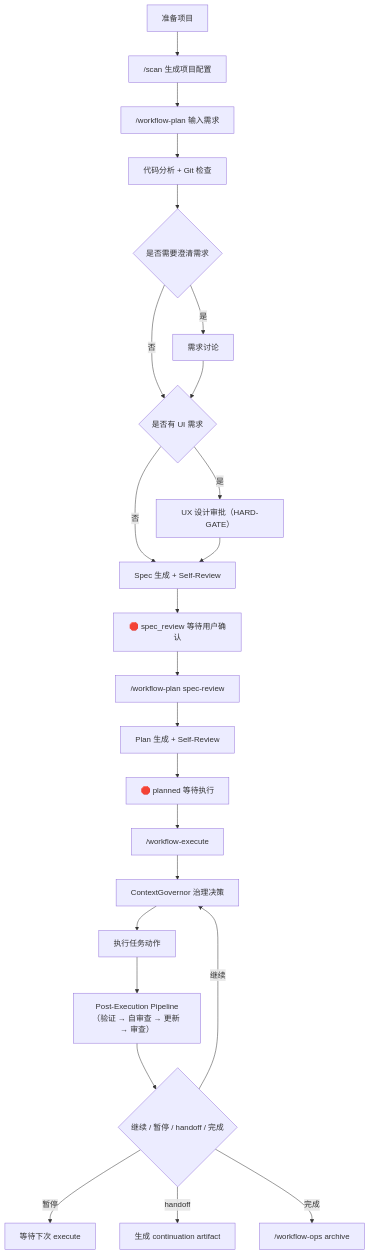
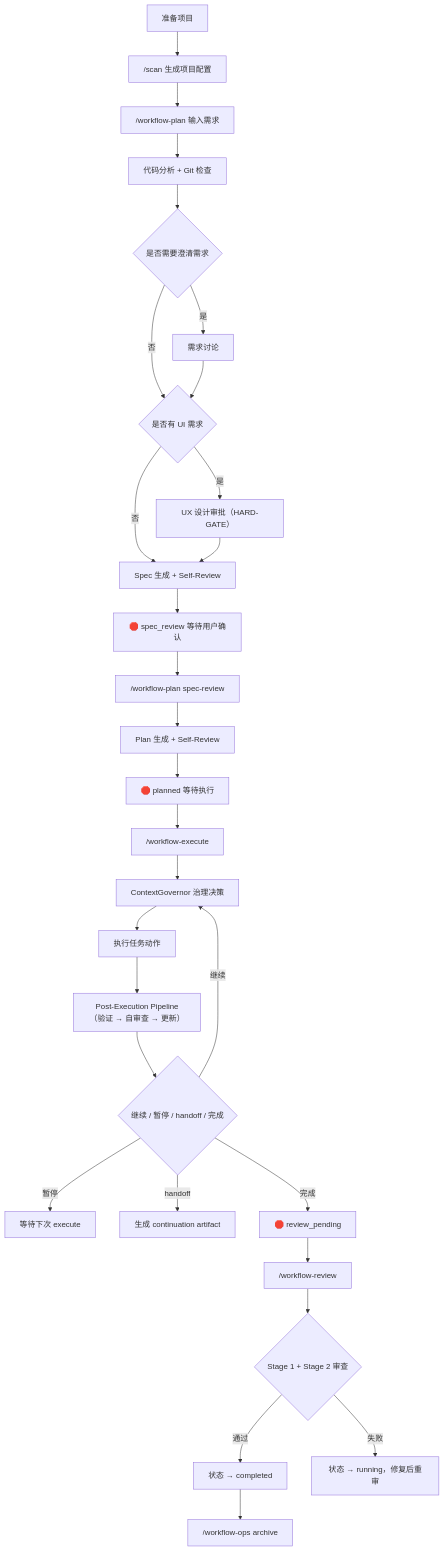
Before and after one commit to fan776783/claude-workflow: the second of 2 diagrams in README.md, drawn with Mermaid. The commit also changed other lines of this file and 1 other file, not shown here.

Commit message:
chore: docs: update and refine workflow documentation in README and guide

````diff
--- a/README.md
+++ b/README.md
@@ -374,27 +382,32 @@
 ```mermaid
 flowchart TD
     A["准备项目"] --> B["/scan 生成项目配置"]
     B --> C["/workflow-plan 输入需求"]
     C --> D["代码分析 + Git 检查"]
     D --> E{"是否需要澄清需求"}
     E -->|是| F["需求讨论"]
     E -->|否| G{"是否有 UI 需求"}
     F --> G
     G -->|是| H["UX 设计审批（HARD-GATE）"]
     G -->|否| I["Spec 生成 + Self-Review"]
     H --> I
     I --> J["🛑 spec_review 等待用户确认"]
     J --> K["/workflow-plan spec-review"]
     K --> L["Plan 生成 + Self-Review"]
     L --> M["🛑 planned 等待执行"]
 
     M --> N["/workflow-execute"]
     N --> O["ContextGovernor 治理决策"]
     O --> P["执行任务动作"]
-    P --> Q["Post-Execution Pipeline（验证 → 自审查 → 更新 → 审查）"]
+    P --> Q["Post-Execution Pipeline（验证 → 自审查 → 更新）"]
     Q --> R{"继续 / 暂停 / handoff / 完成"}
     R -->|继续| O
     R -->|暂停| S["等待下次 execute"]
     R -->|handoff| T["生成 continuation artifact"]
-    R -->|完成| U["/workflow-ops archive"]
+    R -->|完成| U["🛑 review_pending"]
+    U --> V["/workflow-review"]
+    V --> W{"Stage 1 + Stage 2 审查"}
+    W -->|通过| X["状态 → completed"]
+    W -->|失败| Y["状态 → running，修复后重审"]
+    X --> Z["/workflow-ops archive"]
 ```
````
